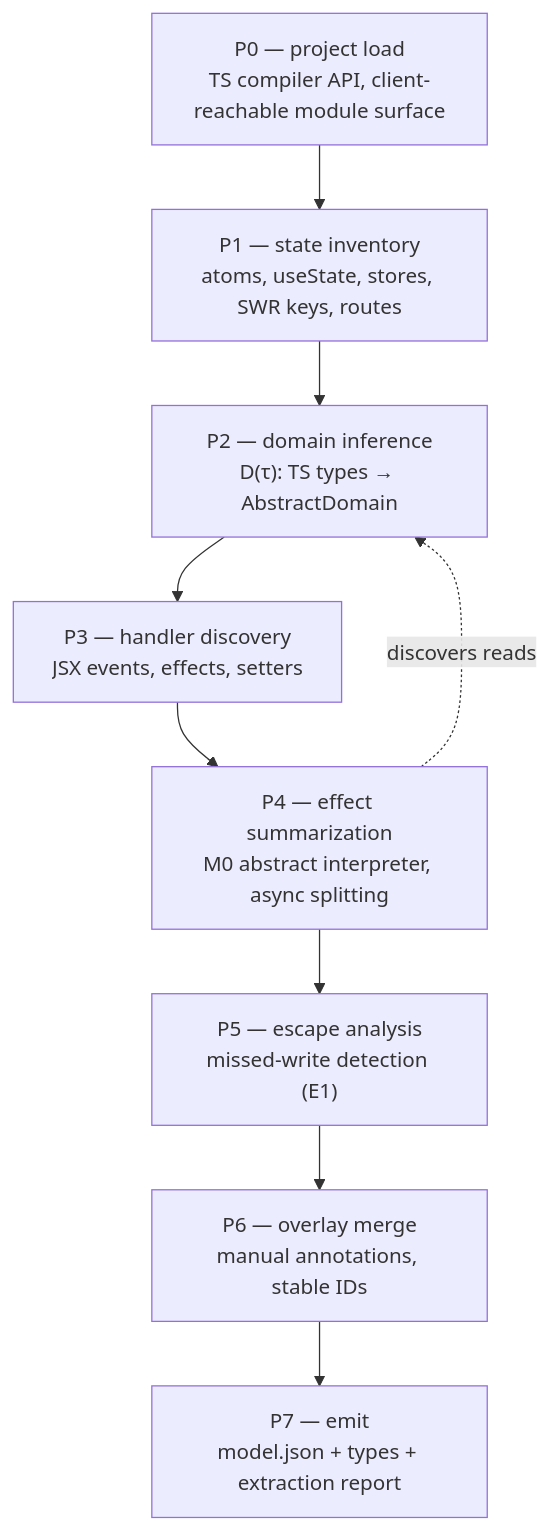
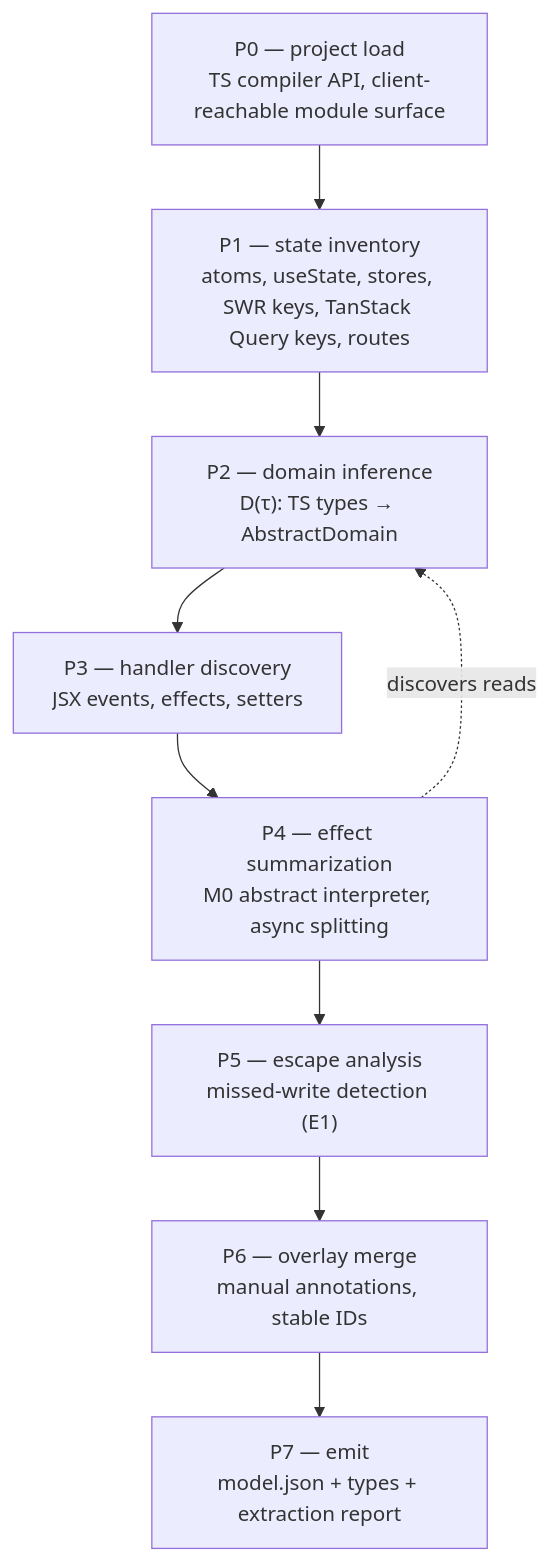
One commit to Harineko0/modality-ts changed the diagram in docs/architecture/extraction-pipeline.md. Above: the diagram before and after it, drawn with Mermaid. The commit also changed other lines of this file and 39 other files, not shown here.

````diff
--- a/docs/architecture/extraction-pipeline.md
+++ b/docs/architecture/extraction-pipeline.md
@@ -22,13 +22,13 @@
 ```mermaid
 flowchart TD
   P0["P0 — project load<br/>TS compiler API, client-reachable module surface"]
-  P1["P1 — state inventory<br/>atoms, useState, stores, SWR keys, routes"]
+  P1["P1 — state inventory<br/>atoms, useState, stores, SWR keys, TanStack Query keys, routes"]
   P2["P2 — domain inference<br/>D(τ): TS types → AbstractDomain"]
   P3["P3 — handler discovery<br/>JSX events, effects, setters"]
   P4["P4 — effect summarization<br/>M0 abstract interpreter, async splitting"]
   P5["P5 — escape analysis<br/>missed-write detection (E1)"]
   P6["P6 — overlay merge<br/>manual annotations, stable IDs"]
   P7["P7 — emit<br/>model.json + types + extraction report"]
   P0 --> P1 --> P2 --> P3 --> P4 --> P5 --> P6 --> P7
   P4 -. discovers reads .-> P2
 ```
````
